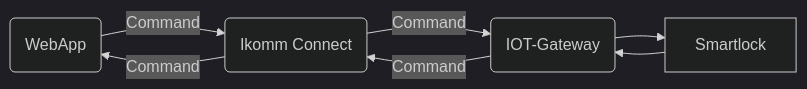
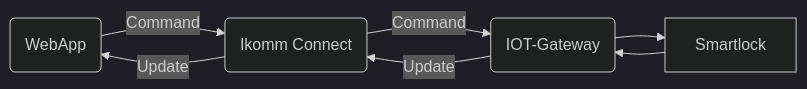
Before and after one commit to IkommAS/Hackathons: the diagram in Episode 1/SecureDoorLock.md, drawn with Mermaid (dark theme).

````diff
--- a/Episode 1/SecureDoorLock.md
+++ b/Episode 1/SecureDoorLock.md
@@ -6,7 +6,7 @@
 ```mermaid
 graph LR
     F[WebApp] -->|Command| A(Ikomm Connect)
-    A[Ikomm Connect] -->|Command| F(WebApp)
+    A[Ikomm Connect] -->|Update| F(WebApp)
     A[Ikomm Connect] --> |Command| B(IOT-Gateway) --> C(Smartlock)
-    C[Smartlock] --> B(IOT-Gateway) -->|Command| A(Ikomm Connect)
+    C[Smartlock] --> B(IOT-Gateway) -->|Update| A(Ikomm Connect)
 ```
````
